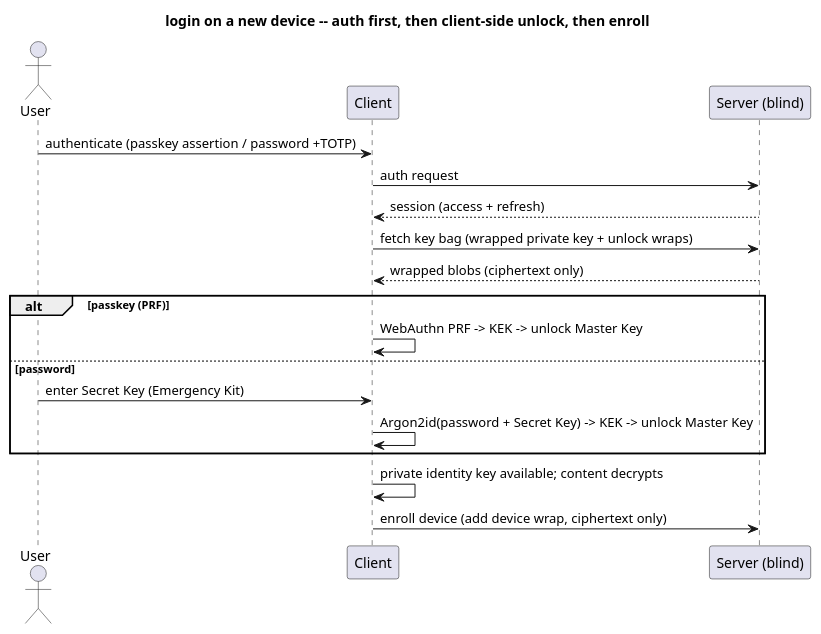
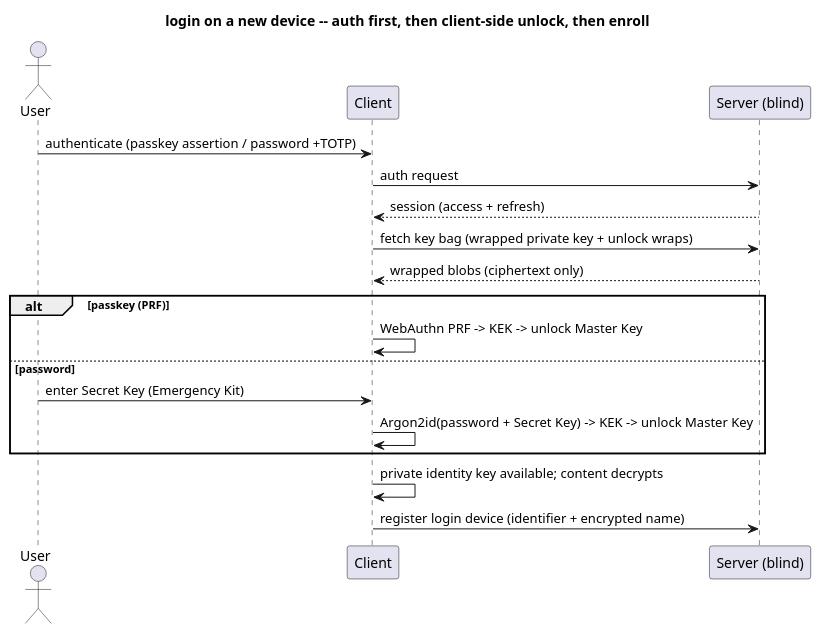
One commit to raddatzk/veyq-no-e2ee changed the diagram in docs/wiki/features/account/use-cases/uc.account.login.md. Above: the diagram before and after it, drawn with PlantUML. The commit also changed other lines of this file and 116 other files, not shown here.

````diff
--- a/docs/wiki/features/account/use-cases/uc.account.login.md
+++ b/docs/wiki/features/account/use-cases/uc.account.login.md
@@ -14,24 +14,24 @@
 ```plantuml
 @startuml
 title login on a new device -- auth first, then client-side unlock, then enroll
 skinparam shadowing false
 
 actor "User" as U
 participant "Client" as C
 participant "Server (blind)" as S
 
 U -> C : authenticate (passkey assertion / password +TOTP)
 C -> S : auth request
 S --> C : session (access + refresh)
 C -> S : fetch key bag (wrapped private key + unlock wraps)
 S --> C : wrapped blobs (ciphertext only)
 alt passkey (PRF)
   C -> C : WebAuthn PRF -> KEK -> unlock Master Key
 else password
   U -> C : enter Secret Key (Emergency Kit)
   C -> C : Argon2id(password + Secret Key) -> KEK -> unlock Master Key
 end
 C -> C : private identity key available; content decrypts
-C -> S : enroll device (add device wrap, ciphertext only)
+C -> S : register login device (identifier + encrypted name)
 @enduml
 ```
````
